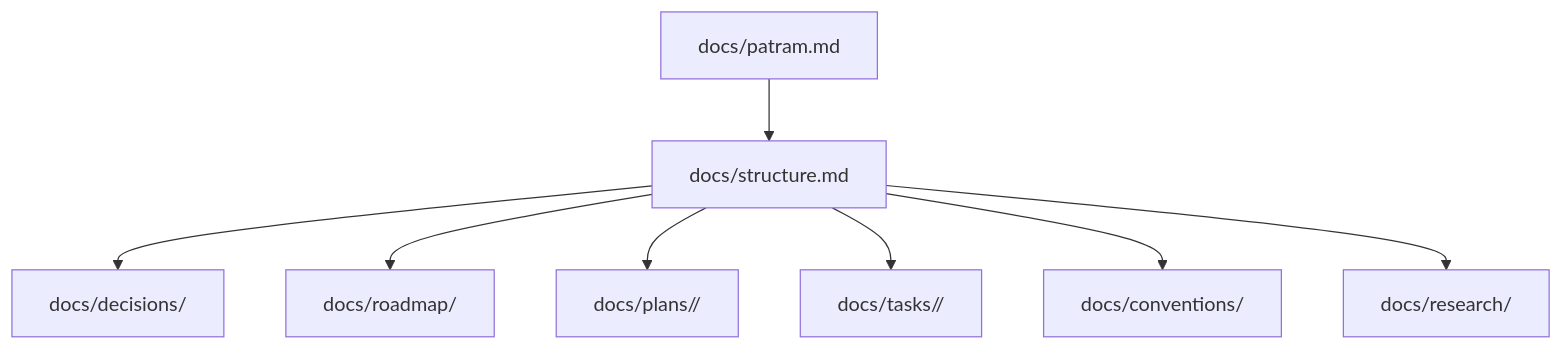
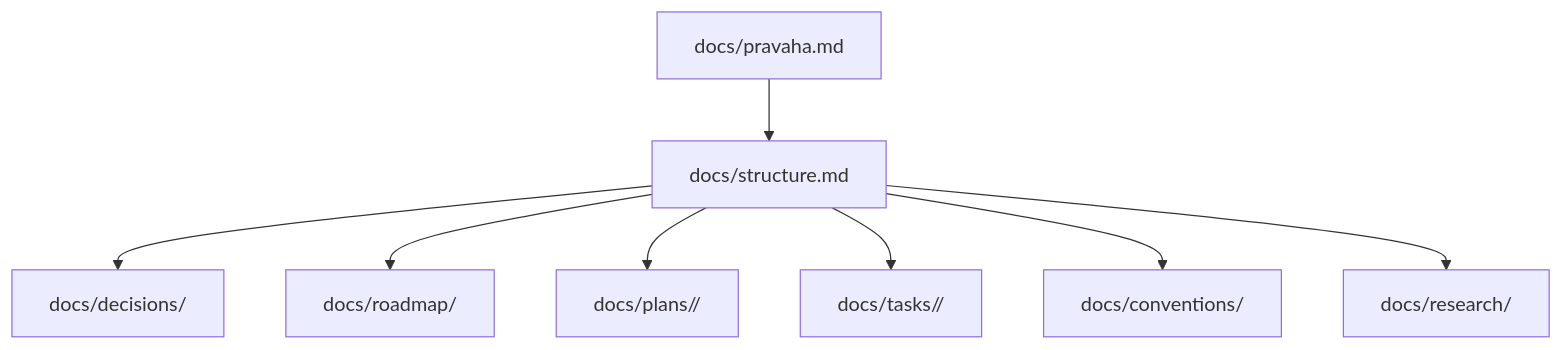
The diagram in docs/structure.md (mantoni/pravaha), drawn with Mermaid before and after one commit. The commit also changed other lines of this file and 7 other files, not shown here.

````diff
--- a/docs/structure.md
+++ b/docs/structure.md
@@ -23,19 +23,19 @@
 ```mermaid
 graph TD
-  A["docs/patram.md"]
+  A["docs/pravaha.md"]
   B["docs/structure.md"]
   C["docs/decisions/"]
   D["docs/roadmap/"]
   E["docs/plans/<version>/"]
   F["docs/tasks/<version>/"]
   G["docs/conventions/"]
   H["docs/research/"]
 
   A --> B
   B --> C
   B --> D
   B --> E
   B --> F
   B --> G
   B --> H
 ```
````
